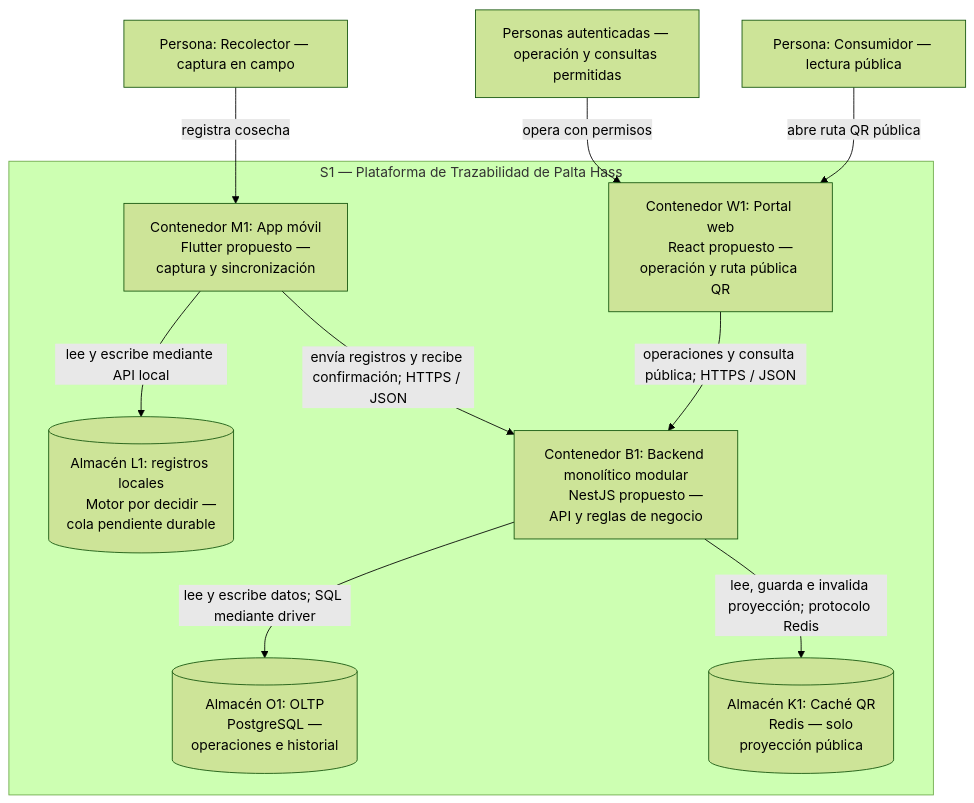
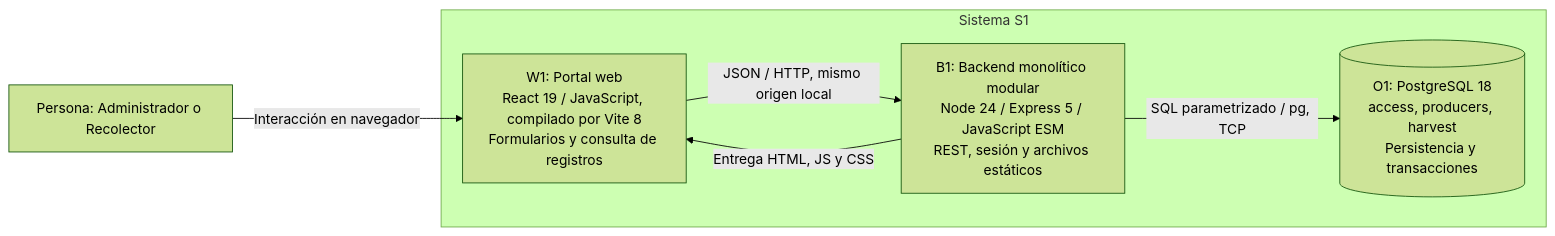
The second of 4 diagrams in docs/04-modelo-c4/modelo-c4.md (carlosgaraundo27-svg/Trazabilidad-Agricola-Arquitectura), drawn with Mermaid (forest theme) before and after one commit. The commit also changed other lines of this file and 111 other files, not shown here.

First line of the commit message:
feat: entregar primer recorrido reproducible con Express y PostgreSQL

````diff
--- a/docs/04-modelo-c4/modelo-c4.md
+++ b/docs/04-modelo-c4/modelo-c4.md
@@ -57,28 +28,13 @@
-~~~mermaid
-flowchart TB
-    R["Persona: Recolector — captura en campo"]
-    I["Personas autenticadas — operación y consultas permitidas"]
-    V["Persona: Consumidor — lectura pública"]
-    subgraph S1["S1 — Plataforma de Trazabilidad de Palta Hass"]
-      M1["Contenedor M1: App móvil
-      Flutter propuesto — captura y sincronización"]
-      L1[("Almacén L1: registros locales
-      Motor por decidir — cola pendiente durable")]
-      W1["Contenedor W1: Portal web
-      React propuesto — operación y ruta pública QR"]
-      B1["Contenedor B1: Backend monolítico modular
-      NestJS propuesto — API y reglas de negocio"]
-      O1[("Almacén O1: OLTP
-      PostgreSQL — operaciones e historial")]
-      K1[("Almacén K1: Caché QR
-      Redis — solo proyección pública")]
-      M1 -->|"lee y escribe mediante API local"| L1
-      M1 -->|"envía registros y recibe confirmación; HTTPS / JSON"| B1
-      W1 -->|"operaciones y consulta pública; HTTPS / JSON"| B1
-      B1 -->|"lee y escribe datos; SQL mediante driver"| O1
-      B1 -->|"lee, guarda e invalida proyección; protocolo Redis"| K1
-    end
-    R -->|"registra cosecha"| M1
-    I -->|"opera con permisos"| W1
-    V -->|"abre ruta QR pública"| W1
-~~~
+```mermaid
+flowchart LR
+  USUARIO["Persona: Administrador o Recolector"]
+  subgraph S1["Sistema S1"]
+    W1["W1: Portal web<br/>React 19 / JavaScript, compilado por Vite 8<br/>Formularios y consulta de registros"]
+    B1["B1: Backend monolítico modular<br/>Node 24 / Express 5 / JavaScript ESM<br/>REST, sesión y archivos estáticos"]
+    O1[("O1: PostgreSQL 18<br/>access, producers, harvest<br/>Persistencia y transacciones")]
+  end
+  USUARIO -->|"Interacción en navegador"| W1
+  W1 -->|"JSON / HTTP, mismo origen local"| B1
+  B1 -->|"Entrega HTML, JS y CSS"| W1
+  B1 -->|"SQL parametrizado / pg, TCP"| O1
+```
````
